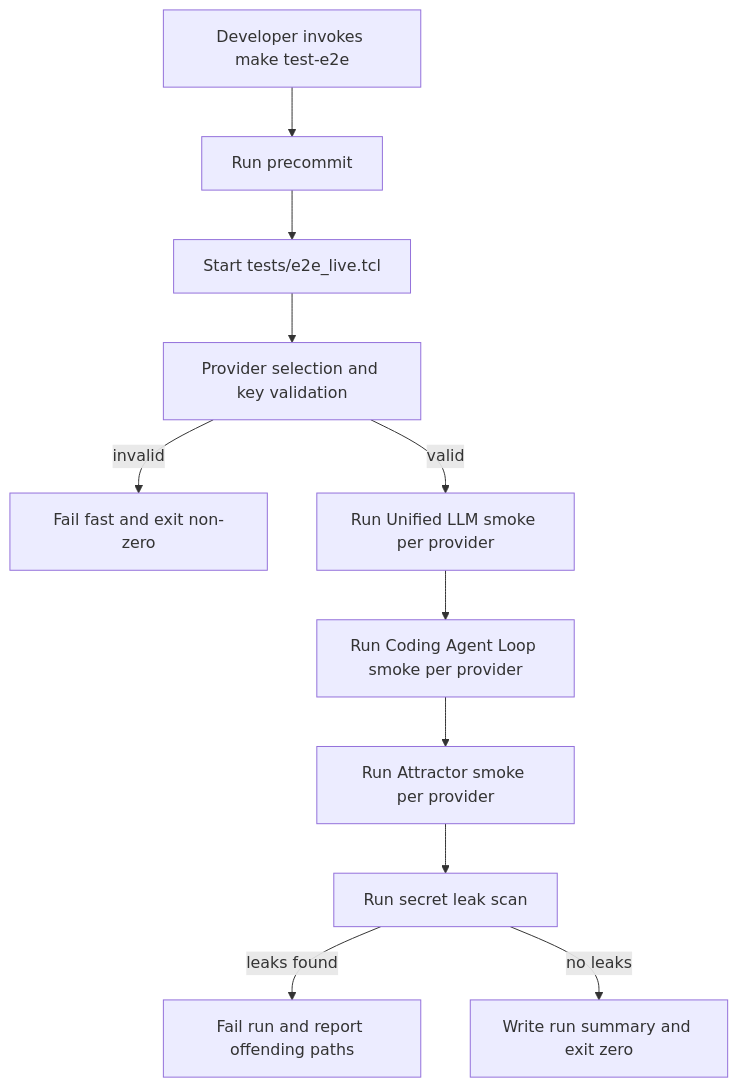
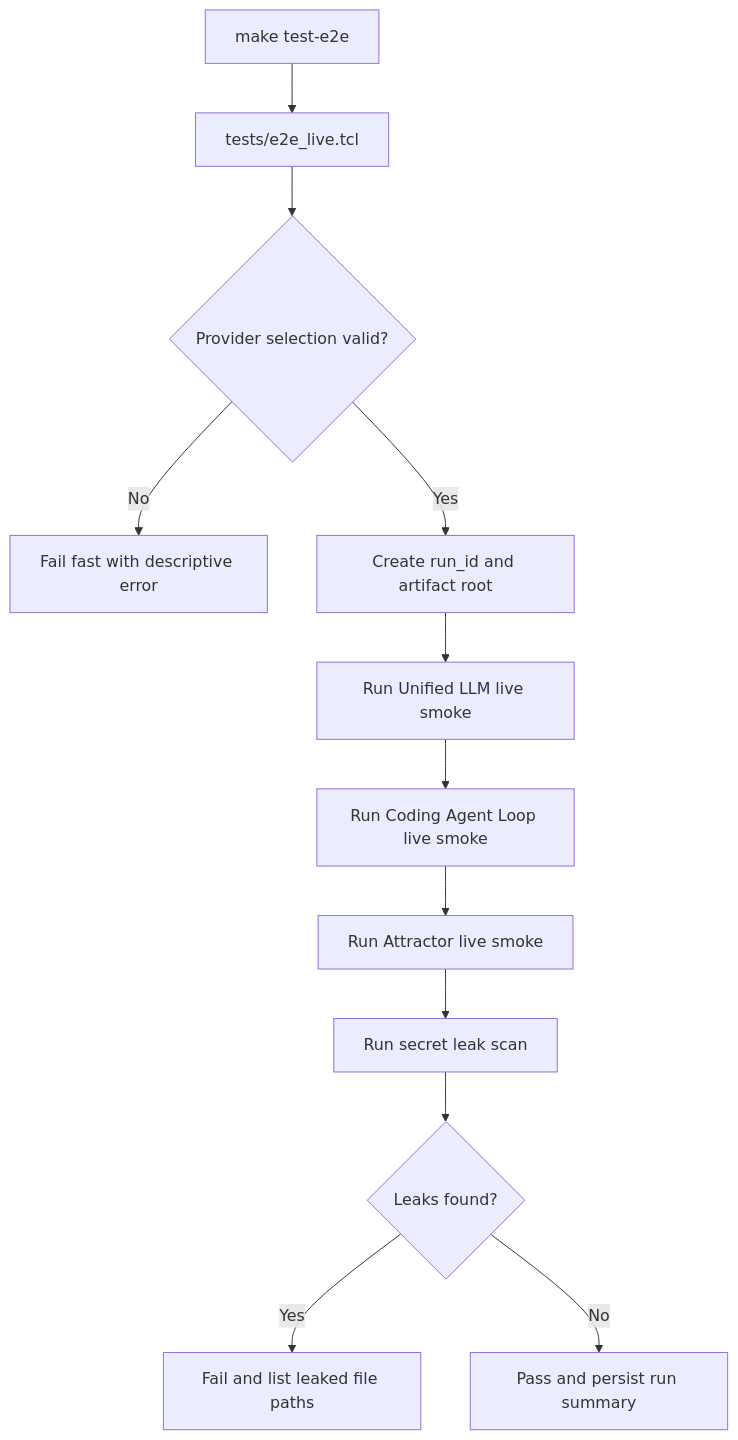
One commit to jaytaylor/attractor-tcl changed the third of 5 diagrams in docs/sprints/SPRINT-004-comprehensive-implementation-plan.md. Above: the diagram before and after it, drawn with Mermaid. The commit also changed other lines of this file, not shown here.

````diff
--- a/docs/sprints/SPRINT-004-comprehensive-implementation-plan.md
+++ b/docs/sprints/SPRINT-004-comprehensive-implementation-plan.md
@@ -1172,13 +507,14 @@
 ```mermaid
 flowchart TD
-  A[Developer invokes make test-e2e] --> B[Run precommit]
-  B --> C[Start tests/e2e_live.tcl]
-  C --> D[Provider selection and key validation]
-  D -->|invalid| E[Fail fast and exit non-zero]
-  D -->|valid| F[Run Unified LLM smoke per provider]
-  F --> G[Run Coding Agent Loop smoke per provider]
-  G --> H[Run Attractor smoke per provider]
+  A[make test-e2e] --> B[tests/e2e_live.tcl]
+  B --> C{Provider selection valid?}
+  C -->|No| D[Fail fast with descriptive error]
+  C -->|Yes| E[Create run_id and artifact root]
+  E --> F[Run Unified LLM live smoke]
+  F --> G[Run Coding Agent Loop live smoke]
+  G --> H[Run Attractor live smoke]
   H --> I[Run secret leak scan]
-  I -->|leaks found| J[Fail run and report offending paths]
-  I -->|no leaks| K[Write run summary and exit zero]
+  I --> J{Leaks found?}
+  J -->|Yes| K[Fail and list leaked file paths]
+  J -->|No| L[Pass and persist run summary]
 ```
````
